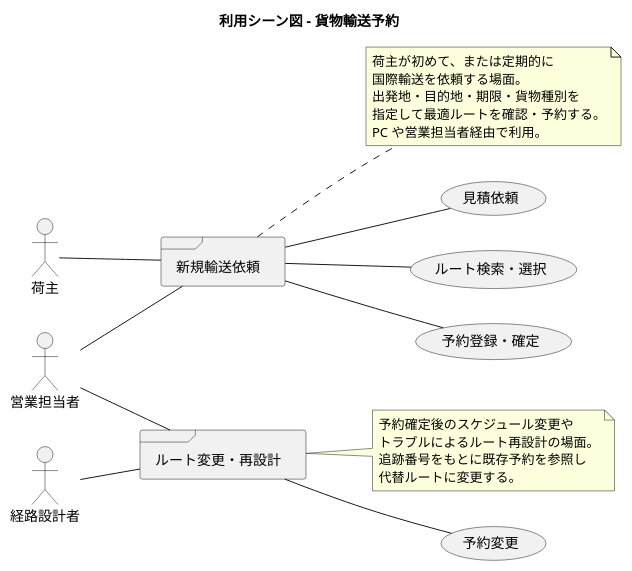
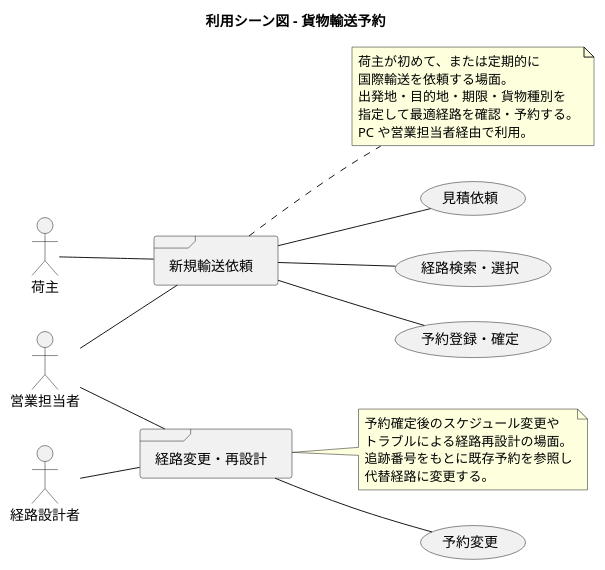
Before and after one commit to k2works/case-study-cargo-tracker: diagram 12 of 21 in docs/requirements/requirements_definition.md, drawn with PlantUML. The commit also changed other lines of this file and 2 other files, not shown here.

````diff
--- a/docs/requirements/requirements_definition.md
+++ b/docs/requirements/requirements_definition.md
@@ -636,45 +636,45 @@
 ```plantuml
 @startuml
 
 title 利用シーン図 - 貨物輸送予約
 
 left to right direction
 
 actor 荷主
 actor 営業担当者
 actor 経路設計者
 
 frame "新規輸送依頼" as sc01
 note right of sc01
   荷主が初めて、または定期的に
   国際輸送を依頼する場面。
   出発地・目的地・期限・貨物種別を
-  指定して最適ルートを確認・予約する。
+  指定して最適経路を確認・予約する。
   PC や営業担当者経由で利用。
 end note
 
-frame "ルート変更・再設計" as sc02
+frame "経路変更・再設計" as sc02
 note right of sc02
   予約確定後のスケジュール変更や
-  トラブルによるルート再設計の場面。
+  トラブルによる経路再設計の場面。
   追跡番号をもとに既存予約を参照し
-  代替ルートに変更する。
+  代替経路に変更する。
 end note
 
 usecase "見積依頼"
-usecase "ルート検索・選択"
+usecase "経路検索・選択"
 usecase "予約登録・確定"
 usecase "予約変更"
 
 :荷主: -- sc01
 :営業担当者: -- sc01
 sc01 -- (見積依頼)
-sc01 -- (ルート検索・選択)
+sc01 -- (経路検索・選択)
 sc01 -- (予約登録・確定)
 
 :営業担当者: -- sc02
 :経路設計者: -- sc02
 sc02 -- (予約変更)
 
 @enduml
 ```
````
